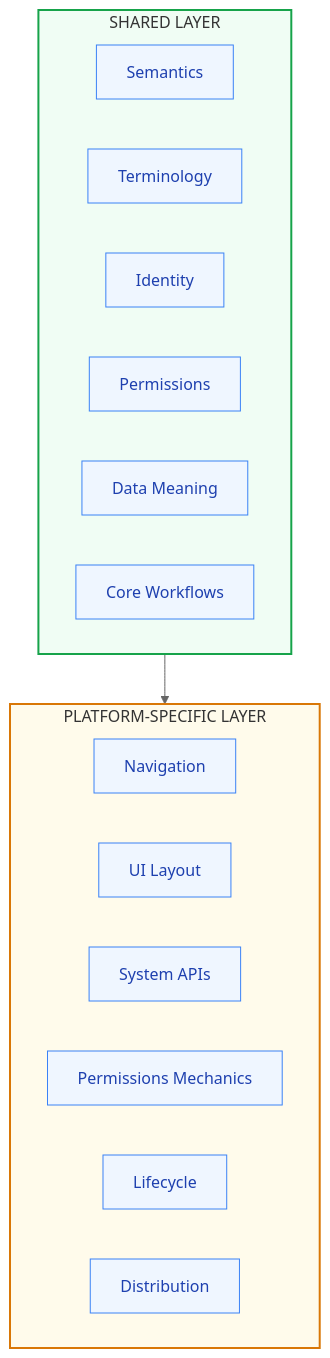
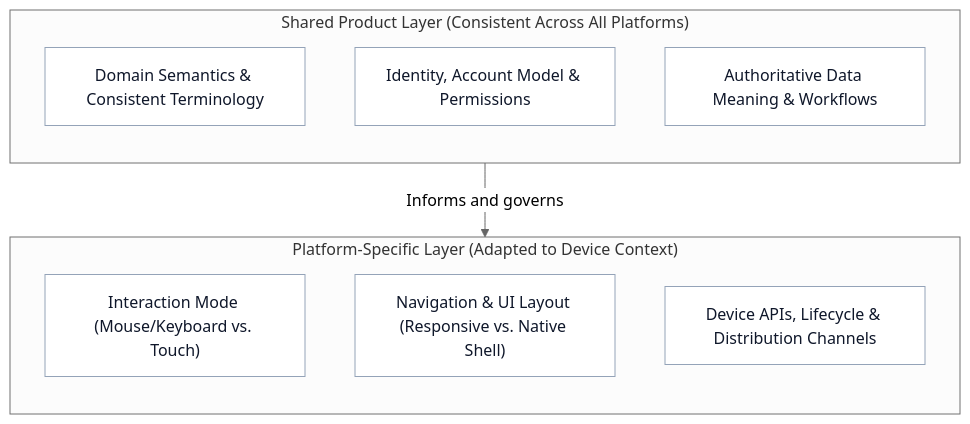
The first of 4 diagrams in docs/architecture/05-Platform.md (davidalbertstark-lab/Lenar), drawn with Mermaid (neutral theme) before and after one commit. The commit also changed other lines of this file and 28 other files, not shown here.

Commit message:
docs: system-wide diagram redesign for first-instance comprehension

````diff
--- a/docs/architecture/05-Platform.md
+++ b/docs/architecture/05-Platform.md
@@ -72,31 +74,22 @@
 ```mermaid
 flowchart TD
-    classDef layer fill:#f8fafc,stroke:#94a3b8,stroke-width:2px,color:#0f172a,font-weight:bold
-    classDef item fill:#eff6ff,stroke:#3b82f6,stroke-width:1px,color:#1e40af
+    classDef shared fill:#f0fdf4,stroke:#16a34a,stroke-width:2px,color:#14532d
+    classDef platform fill:#fffbeb,stroke:#d97706,stroke-width:2px,color:#78350f
+    classDef item fill:#ffffff,stroke:#94a3b8,stroke-width:1px,color:#0f172a
 
-    subgraph Shared [SHARED LAYER]
-        direction LR
-        S1[Semantics]
-        S2[Terminology]
-        S3[Identity]
-        S4[Permissions]
-        S5[Data Meaning]
-        S6[Core Workflows]
+    subgraph SharedLayer ["Shared Product Layer (Consistent Across All Platforms)"]
+        direction TB
+        S1["Domain Semantics & Consistent Terminology"]:::item
+        S2["Identity, Account Model & Permissions"]:::item
+        S3["Authoritative Data Meaning & Workflows"]:::item
     end
 
-    subgraph PlatformSpecific [PLATFORM-SPECIFIC LAYER]
-        direction LR
-        P1[Navigation]
-        P2[UI Layout]
-        P3[System APIs]
-        P4[Permissions Mechanics]
-        P5[Lifecycle]
-        P6[Distribution]
+    subgraph PlatformLayer ["Platform-Specific Layer (Adapted to Device Context)"]
+        direction TB
+        P1["Interaction Mode (Mouse/Keyboard vs. Touch)"]:::item
+        P2["Navigation & UI Layout (Responsive vs. Native Shell)"]:::item
+        P3["Device APIs, Lifecycle & Distribution Channels"]:::item
     end
-    
-    Shared --> PlatformSpecific
-    
-    style Shared fill:#f0fdf4,stroke:#16a34a,stroke-width:2px
-    style PlatformSpecific fill:#fffbeb,stroke:#d97706,stroke-width:2px
-    class S1,S2,S3,S4,S5,S6,P1,P2,P3,P4,P5,P6 item;
+
+    SharedLayer -->|"Informs and governs"| PlatformLayer
 ```
````
